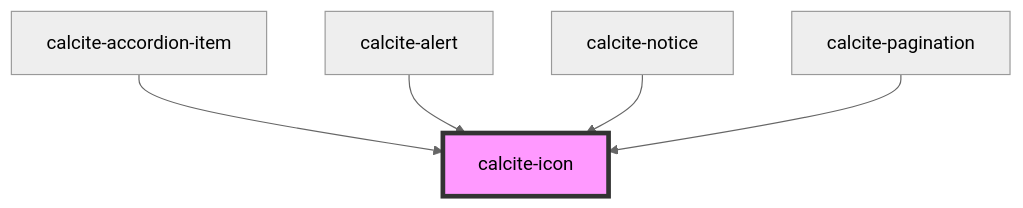
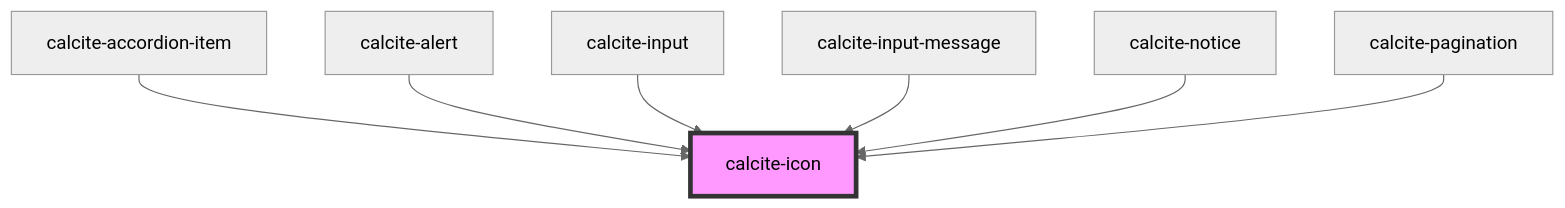
The diagram in src/components/calcite-icon/readme.md (vikivakarvc/calcite-design-system), drawn with Mermaid (neutral theme) before and after one commit. The commit also changed other lines of this file and 7 other files, not shown here.

````diff
--- a/src/components/calcite-icon/readme.md
+++ b/src/components/calcite-icon/readme.md
@@ -40,8 +42,10 @@
 ```mermaid
 graph TD;
   calcite-accordion-item --> calcite-icon
   calcite-alert --> calcite-icon
+  calcite-input --> calcite-icon
+  calcite-input-message --> calcite-icon
   calcite-notice --> calcite-icon
   calcite-pagination --> calcite-icon
   style calcite-icon fill:#f9f,stroke:#333,stroke-width:4px
 ```
````
